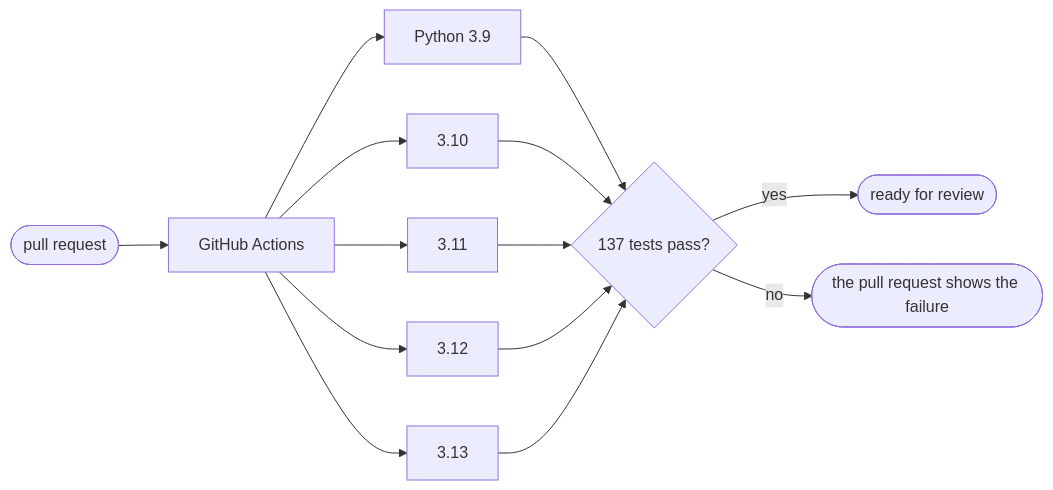
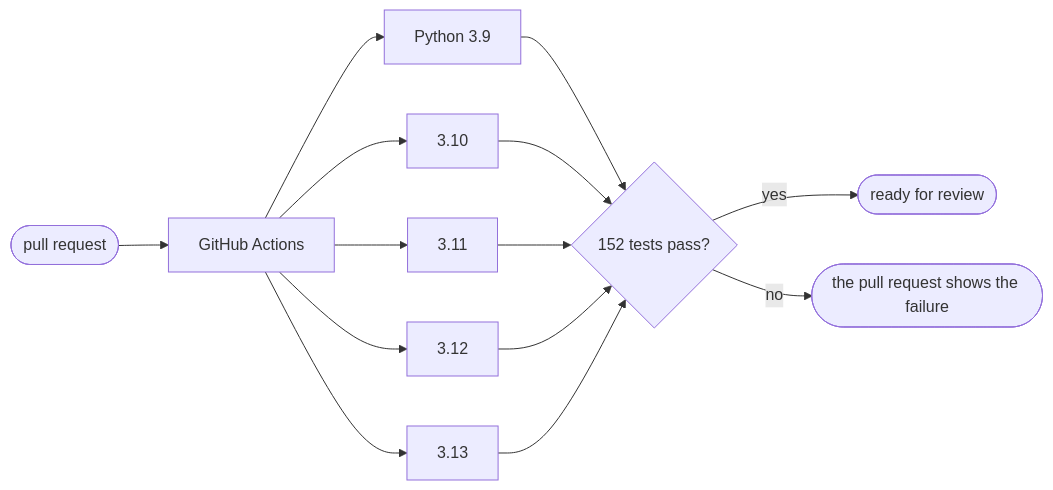
The first of 2 diagrams in higgsfield-director/tests/README.md (rniedson/higgsfield-director-pro-skill), drawn with Mermaid before and after one commit. The commit also changed other lines of this file and 11 other files, not shown here.

````diff
--- a/higgsfield-director/tests/README.md
+++ b/higgsfield-director/tests/README.md
@@ -10,8 +10,8 @@
 ```mermaid
 flowchart LR
     PR([pull request]) --> CI[GitHub Actions]
     CI --> P39[Python 3.9] & P310[3.10] & P311[3.11] & P312[3.12] & P313[3.13]
-    P39 & P310 & P311 & P312 & P313 --> OK{137 tests pass?}
+    P39 & P310 & P311 & P312 & P313 --> OK{152 tests pass?}
     OK -- yes --> M([ready for review])
     OK -- no --> F([the pull request shows the failure])
 ```
````
